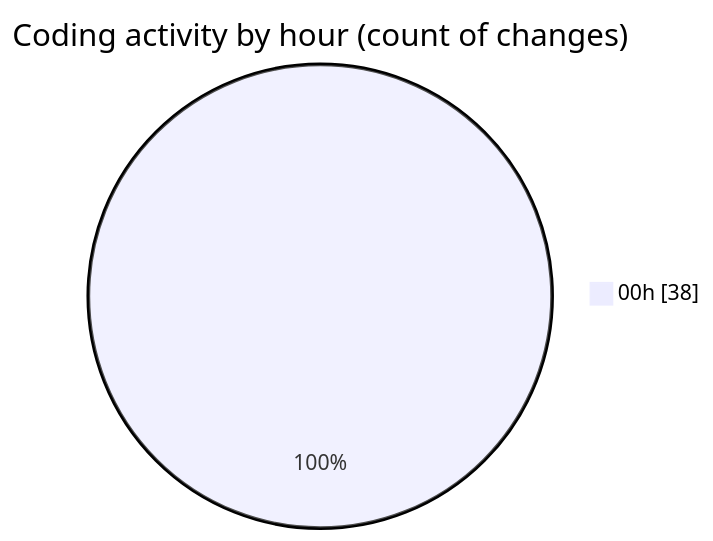
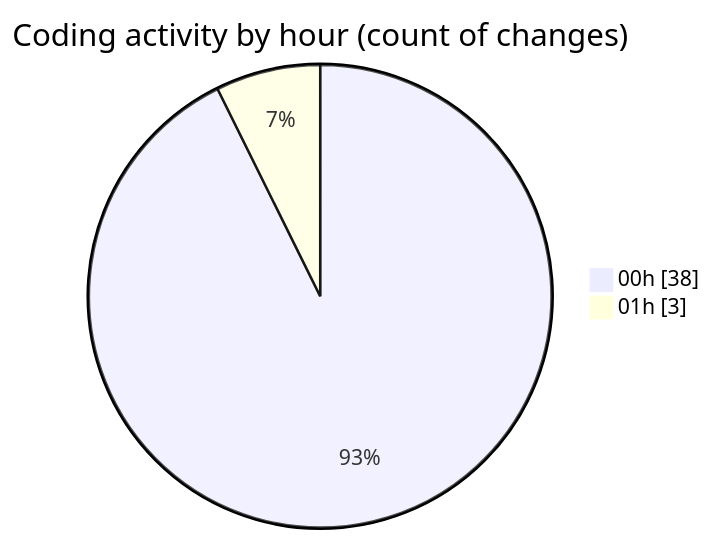
One commit to donsfak/code-tracking changed the second of 2 diagrams in 2025-03-08/uber_clone/README.md. Above: the diagram before and after it, drawn with Mermaid. The commit also changed other lines of this file and 1 other file, not shown here.

````diff
--- a/2025-03-08/uber_clone/README.md
+++ b/2025-03-08/uber_clone/README.md
@@ -29,5 +29,6 @@
 ```mermaid
 pie showData
 title Coding activity by hour (count of changes)
 "00h" : 38
+"01h" : 3
 ```
````
